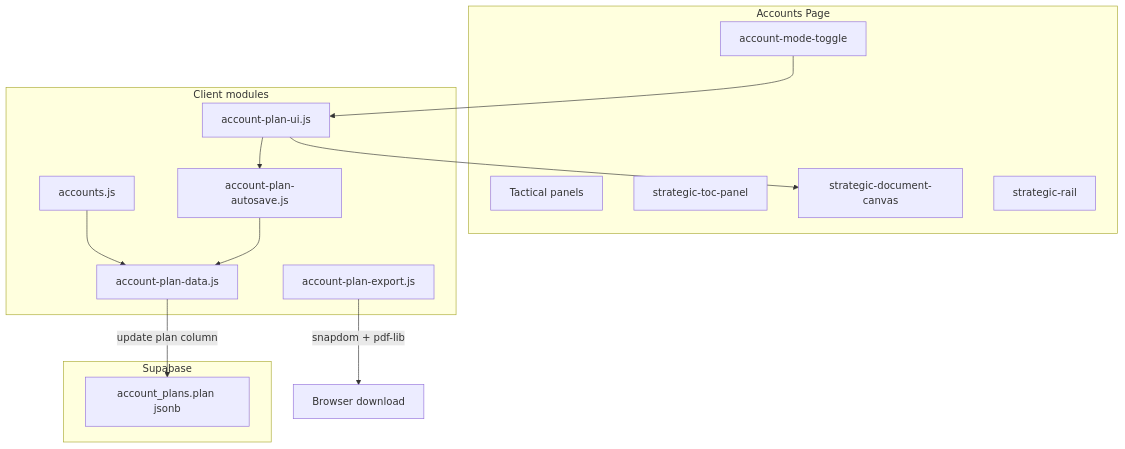
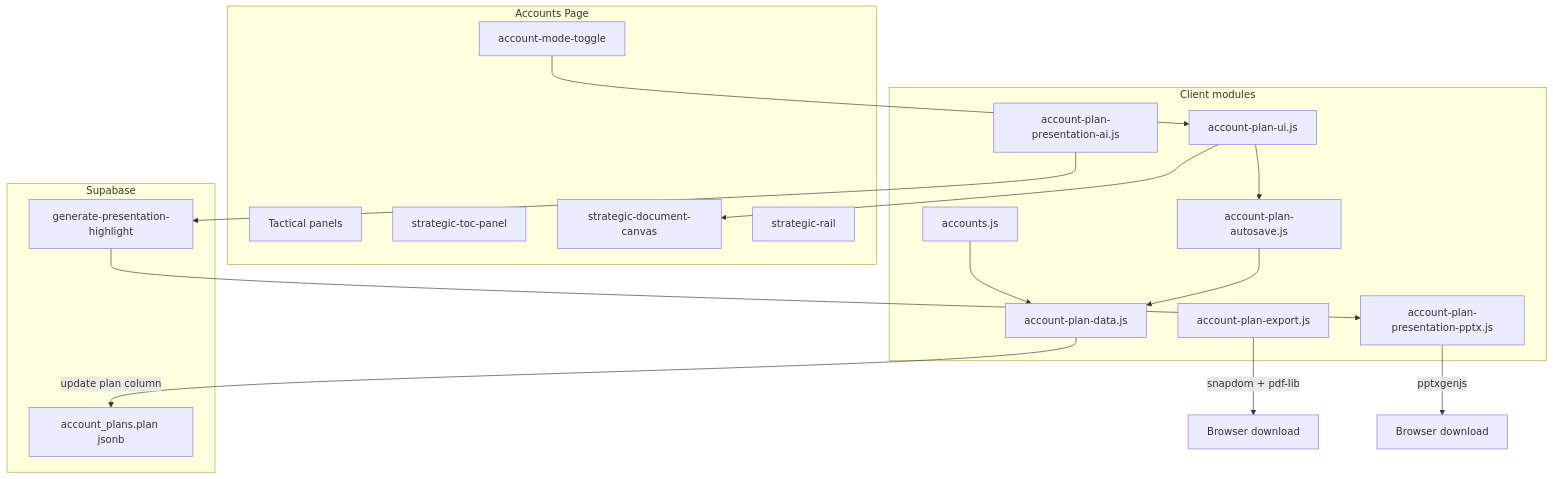
The diagram in PLAN.md (banneler/Constellation-V), drawn with Mermaid before and after one commit. The commit also changed other lines of this file and 3 other files, not shown here.

First line of the commit message:
A7 QA & docs: refresh PLAN.md for schema v2 and extend Strategic OS E2E.

````diff
--- a/PLAN.md
+++ b/PLAN.md
@@ -25,30 +30,36 @@
 ```mermaid
 flowchart TB
     subgraph ui [Accounts Page]
         Toggle[account-mode-toggle]
         Tactical[Tactical panels]
         TOC[strategic-toc-panel]
         Canvas[strategic-document-canvas]
         Rail[strategic-rail]
     end
 
     subgraph js [Client modules]
         AccountsJS[accounts.js]
         PlanData[account-plan-data.js]
         Autosave[account-plan-autosave.js]
         PlanUI[account-plan-ui.js]
         Export[account-plan-export.js]
+        Pptx[account-plan-presentation-pptx.js]
+        AI[account-plan-presentation-ai.js]
     end
 
     subgraph db [Supabase]
         Table[account_plans.plan jsonb]
+        EdgeFn[generate-presentation-highlight]
     end
 
     Toggle --> PlanUI
     AccountsJS --> PlanData
     PlanUI --> Canvas
     PlanUI --> Autosave
     Autosave --> PlanData
     PlanData -->|update plan column| Table
     Export -->|snapdom + pdf-lib| PDF[Browser download]
+    Pptx -->|pptxgenjs| PPTX[Browser download]
+    AI --> EdgeFn
+    EdgeFn --> Pptx
 ```
````
